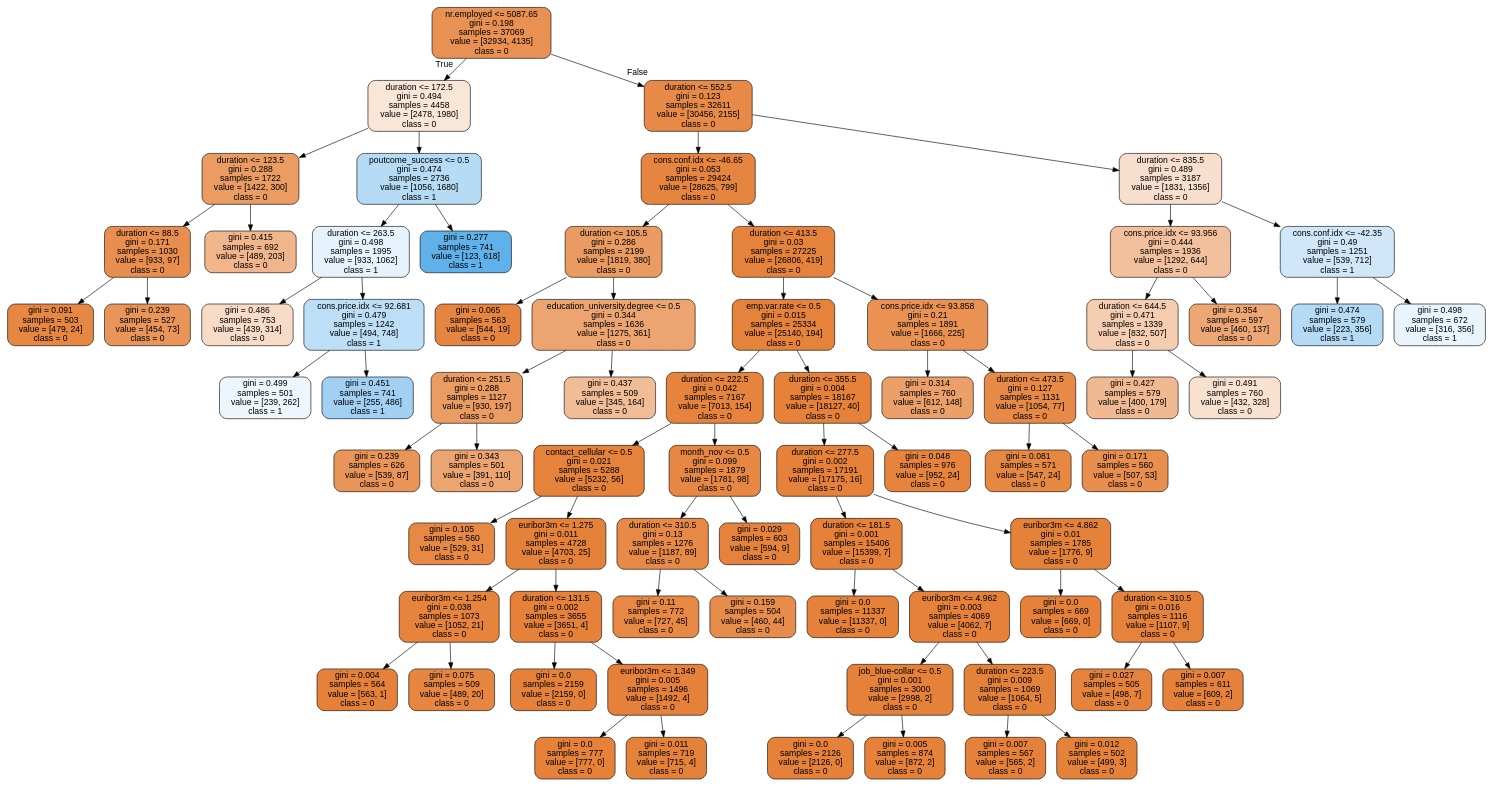
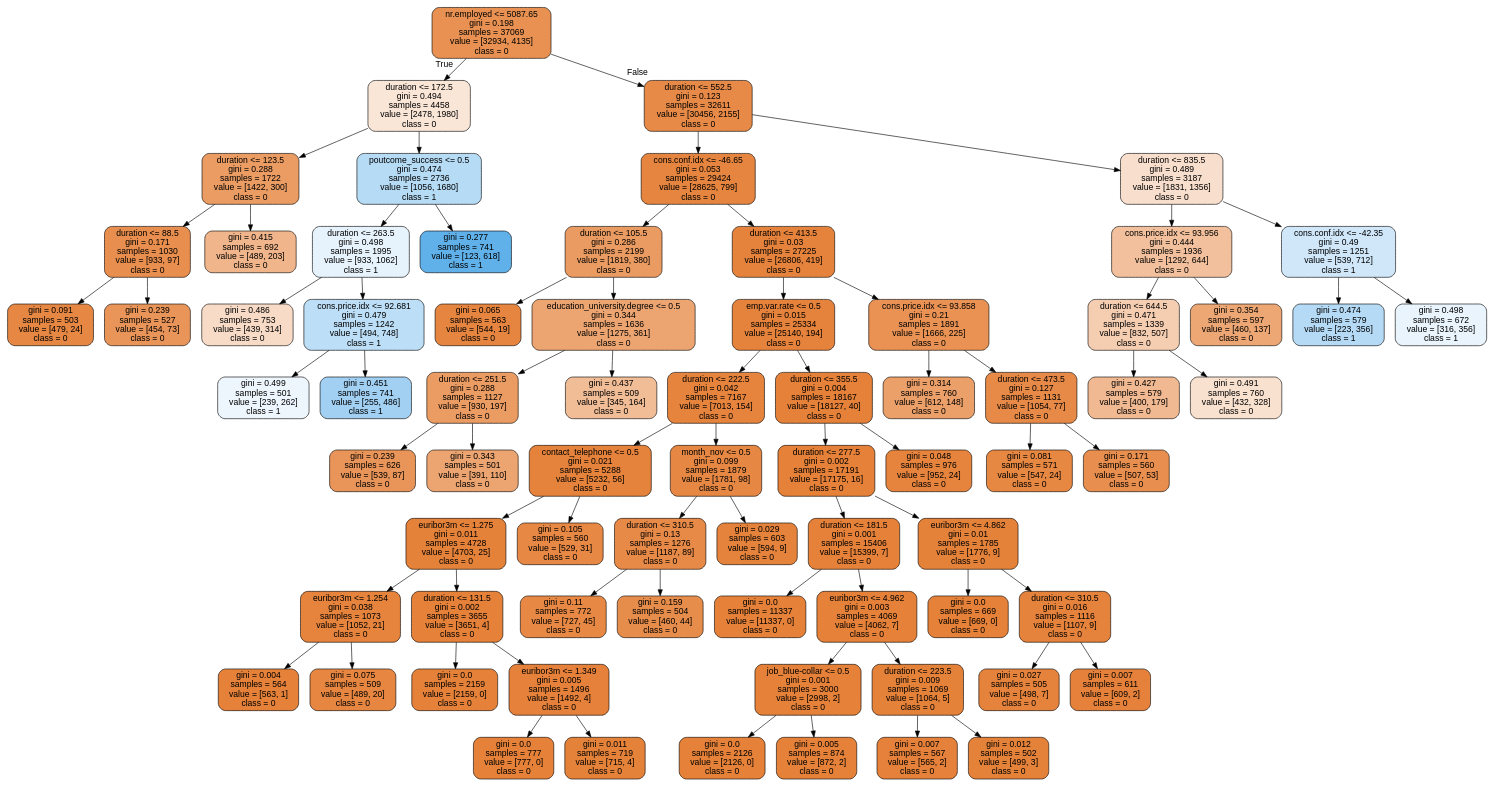
The diagram in tree_clf12.dot (bashiiiwa/t4ds), drawn with Graphviz before and after one commit. The commit also changed 9 other files, not shown here.

```diff
--- a/tree_clf12.dot
+++ b/tree_clf12.dot
@@ -1,149 +1,149 @@
 digraph Tree {
 node [shape=box, style="filled, rounded", color="black", fontname=helvetica] ;
 edge [fontname=helvetica] ;
 0 [label="nr.employed <= 5087.65\ngini = 0.198\nsamples = 37069\nvalue = [32934, 4135]\nclass = 0", fillcolor="#e89152"] ;
 1 [label="duration <= 172.5\ngini = 0.494\nsamples = 4458\nvalue = [2478, 1980]\nclass = 0", fillcolor="#fae6d7"] ;
 0 -> 1 [labeldistance=2.5, labelangle=45, headlabel="True"] ;
 2 [label="duration <= 123.5\ngini = 0.288\nsamples = 1722\nvalue = [1422, 300]\nclass = 0", fillcolor="#ea9c63"] ;
 1 -> 2 ;
 3 [label="duration <= 88.5\ngini = 0.171\nsamples = 1030\nvalue = [933, 97]\nclass = 0", fillcolor="#e88e4e"] ;
 2 -> 3 ;
 4 [label="gini = 0.091\nsamples = 503\nvalue = [479, 24]\nclass = 0", fillcolor="#e68743"] ;
 3 -> 4 ;
 5 [label="gini = 0.239\nsamples = 527\nvalue = [454, 73]\nclass = 0", fillcolor="#e99559"] ;
 3 -> 5 ;
 6 [label="gini = 0.415\nsamples = 692\nvalue = [489, 203]\nclass = 0", fillcolor="#f0b58b"] ;
 2 -> 6 ;
 7 [label="poutcome_success <= 0.5\ngini = 0.474\nsamples = 2736\nvalue = [1056, 1680]\nclass = 1", fillcolor="#b5dbf5"] ;
 1 -> 7 ;
 8 [label="duration <= 263.5\ngini = 0.498\nsamples = 1995\nvalue = [933, 1062]\nclass = 1", fillcolor="#e7f3fc"] ;
 7 -> 8 ;
 9 [label="gini = 0.486\nsamples = 753\nvalue = [439, 314]\nclass = 0", fillcolor="#f8dbc7"] ;
 8 -> 9 ;
 10 [label="cons.price.idx <= 92.681\ngini = 0.479\nsamples = 1242\nvalue = [494, 748]\nclass = 1", fillcolor="#bcdef6"] ;
 8 -> 10 ;
 11 [label="gini = 0.499\nsamples = 501\nvalue = [239, 262]\nclass = 1", fillcolor="#eef6fd"] ;
 10 -> 11 ;
 12 [label="gini = 0.451\nsamples = 741\nvalue = [255, 486]\nclass = 1", fillcolor="#a1d0f3"] ;
 10 -> 12 ;
 13 [label="gini = 0.277\nsamples = 741\nvalue = [123, 618]\nclass = 1", fillcolor="#60b1ea"] ;
 7 -> 13 ;
 14 [label="duration <= 552.5\ngini = 0.123\nsamples = 32611\nvalue = [30456, 2155]\nclass = 0", fillcolor="#e78a47"] ;
 0 -> 14 [labeldistance=2.5, labelangle=-45, headlabel="False"] ;
 15 [label="cons.conf.idx <= -46.65\ngini = 0.053\nsamples = 29424\nvalue = [28625, 799]\nclass = 0", fillcolor="#e6853f"] ;
 14 -> 15 ;
 16 [label="duration <= 105.5\ngini = 0.286\nsamples = 2199\nvalue = [1819, 380]\nclass = 0", fillcolor="#ea9b62"] ;
 15 -> 16 ;
 17 [label="gini = 0.065\nsamples = 563\nvalue = [544, 19]\nclass = 0", fillcolor="#e68540"] ;
 16 -> 17 ;
 18 [label="education_university.degree <= 0.5\ngini = 0.344\nsamples = 1636\nvalue = [1275, 361]\nclass = 0", fillcolor="#eca571"] ;
 16 -> 18 ;
 19 [label="duration <= 251.5\ngini = 0.288\nsamples = 1127\nvalue = [930, 197]\nclass = 0", fillcolor="#eb9c63"] ;
 18 -> 19 ;
 20 [label="gini = 0.239\nsamples = 626\nvalue = [539, 87]\nclass = 0", fillcolor="#e99559"] ;
 19 -> 20 ;
 21 [label="gini = 0.343\nsamples = 501\nvalue = [391, 110]\nclass = 0", fillcolor="#eca471"] ;
 19 -> 21 ;
 22 [label="gini = 0.437\nsamples = 509\nvalue = [345, 164]\nclass = 0", fillcolor="#f1bd97"] ;
 18 -> 22 ;
 23 [label="duration <= 413.5\ngini = 0.03\nsamples = 27225\nvalue = [26806, 419]\nclass = 0", fillcolor="#e5833c"] ;
 15 -> 23 ;
 24 [label="emp.var.rate <= 0.5\ngini = 0.015\nsamples = 25334\nvalue = [25140, 194]\nclass = 0", fillcolor="#e5823b"] ;
 23 -> 24 ;
 25 [label="duration <= 222.5\ngini = 0.042\nsamples = 7167\nvalue = [7013, 154]\nclass = 0", fillcolor="#e6843d"] ;
 24 -> 25 ;
-26 [label="contact_cellular <= 0.5\ngini = 0.021\nsamples = 5288\nvalue = [5232, 56]\nclass = 0", fillcolor="#e5823b"] ;
+26 [label="contact_telephone <= 0.5\ngini = 0.021\nsamples = 5288\nvalue = [5232, 56]\nclass = 0", fillcolor="#e5823b"] ;
 25 -> 26 ;
-27 [label="gini = 0.105\nsamples = 560\nvalue = [529, 31]\nclass = 0", fillcolor="#e78845"] ;
+27 [label="euribor3m <= 1.275\ngini = 0.011\nsamples = 4728\nvalue = [4703, 25]\nclass = 0", fillcolor="#e5823a"] ;
 26 -> 27 ;
-28 [label="euribor3m <= 1.275\ngini = 0.011\nsamples = 4728\nvalue = [4703, 25]\nclass = 0", fillcolor="#e5823a"] ;
-26 -> 28 ;
-29 [label="euribor3m <= 1.254\ngini = 0.038\nsamples = 1073\nvalue = [1052, 21]\nclass = 0", fillcolor="#e6843d"] ;
+28 [label="euribor3m <= 1.254\ngini = 0.038\nsamples = 1073\nvalue = [1052, 21]\nclass = 0", fillcolor="#e6843d"] ;
+27 -> 28 ;
+29 [label="gini = 0.004\nsamples = 564\nvalue = [563, 1]\nclass = 0", fillcolor="#e58139"] ;
 28 -> 29 ;
-30 [label="gini = 0.004\nsamples = 564\nvalue = [563, 1]\nclass = 0", fillcolor="#e58139"] ;
-29 -> 30 ;
-31 [label="gini = 0.075\nsamples = 509\nvalue = [489, 20]\nclass = 0", fillcolor="#e68641"] ;
-29 -> 31 ;
-32 [label="duration <= 131.5\ngini = 0.002\nsamples = 3655\nvalue = [3651, 4]\nclass = 0", fillcolor="#e58139"] ;
-28 -> 32 ;
-33 [label="gini = 0.0\nsamples = 2159\nvalue = [2159, 0]\nclass = 0", fillcolor="#e58139"] ;
-32 -> 33 ;
-34 [label="euribor3m <= 1.349\ngini = 0.005\nsamples = 1496\nvalue = [1492, 4]\nclass = 0", fillcolor="#e5813a"] ;
-32 -> 34 ;
-35 [label="gini = 0.0\nsamples = 777\nvalue = [777, 0]\nclass = 0", fillcolor="#e58139"] ;
-34 -> 35 ;
-36 [label="gini = 0.011\nsamples = 719\nvalue = [715, 4]\nclass = 0", fillcolor="#e5823a"] ;
-34 -> 36 ;
+30 [label="gini = 0.075\nsamples = 509\nvalue = [489, 20]\nclass = 0", fillcolor="#e68641"] ;
+28 -> 30 ;
+31 [label="duration <= 131.5\ngini = 0.002\nsamples = 3655\nvalue = [3651, 4]\nclass = 0", fillcolor="#e58139"] ;
+27 -> 31 ;
+32 [label="gini = 0.0\nsamples = 2159\nvalue = [2159, 0]\nclass = 0", fillcolor="#e58139"] ;
+31 -> 32 ;
+33 [label="euribor3m <= 1.349\ngini = 0.005\nsamples = 1496\nvalue = [1492, 4]\nclass = 0", fillcolor="#e5813a"] ;
+31 -> 33 ;
+34 [label="gini = 0.0\nsamples = 777\nvalue = [777, 0]\nclass = 0", fillcolor="#e58139"] ;
+33 -> 34 ;
+35 [label="gini = 0.011\nsamples = 719\nvalue = [715, 4]\nclass = 0", fillcolor="#e5823a"] ;
+33 -> 35 ;
+36 [label="gini = 0.105\nsamples = 560\nvalue = [529, 31]\nclass = 0", fillcolor="#e78845"] ;
+26 -> 36 ;
 37 [label="month_nov <= 0.5\ngini = 0.099\nsamples = 1879\nvalue = [1781, 98]\nclass = 0", fillcolor="#e68844"] ;
 25 -> 37 ;
 38 [label="duration <= 310.5\ngini = 0.13\nsamples = 1276\nvalue = [1187, 89]\nclass = 0", fillcolor="#e78a48"] ;
 37 -> 38 ;
 39 [label="gini = 0.11\nsamples = 772\nvalue = [727, 45]\nclass = 0", fillcolor="#e78945"] ;
 38 -> 39 ;
 40 [label="gini = 0.159\nsamples = 504\nvalue = [460, 44]\nclass = 0", fillcolor="#e78d4c"] ;
 38 -> 40 ;
 41 [label="gini = 0.029\nsamples = 603\nvalue = [594, 9]\nclass = 0", fillcolor="#e5833c"] ;
 37 -> 41 ;
 42 [label="duration <= 355.5\ngini = 0.004\nsamples = 18167\nvalue = [18127, 40]\nclass = 0", fillcolor="#e58139"] ;
 24 -> 42 ;
 43 [label="duration <= 277.5\ngini = 0.002\nsamples = 17191\nvalue = [17175, 16]\nclass = 0", fillcolor="#e58139"] ;
 42 -> 43 ;
 44 [label="duration <= 181.5\ngini = 0.001\nsamples = 15406\nvalue = [15399, 7]\nclass = 0", fillcolor="#e58139"] ;
 43 -> 44 ;
 45 [label="gini = 0.0\nsamples = 11337\nvalue = [11337, 0]\nclass = 0", fillcolor="#e58139"] ;
 44 -> 45 ;
 46 [label="euribor3m <= 4.962\ngini = 0.003\nsamples = 4069\nvalue = [4062, 7]\nclass = 0", fillcolor="#e58139"] ;
 44 -> 46 ;
 47 [label="job_blue-collar <= 0.5\ngini = 0.001\nsamples = 3000\nvalue = [2998, 2]\nclass = 0", fillcolor="#e58139"] ;
 46 -> 47 ;
 48 [label="gini = 0.0\nsamples = 2126\nvalue = [2126, 0]\nclass = 0", fillcolor="#e58139"] ;
 47 -> 48 ;
 49 [label="gini = 0.005\nsamples = 874\nvalue = [872, 2]\nclass = 0", fillcolor="#e58139"] ;
 47 -> 49 ;
 50 [label="duration <= 223.5\ngini = 0.009\nsamples = 1069\nvalue = [1064, 5]\nclass = 0", fillcolor="#e5823a"] ;
 46 -> 50 ;
 51 [label="gini = 0.007\nsamples = 567\nvalue = [565, 2]\nclass = 0", fillcolor="#e5813a"] ;
 50 -> 51 ;
 52 [label="gini = 0.012\nsamples = 502\nvalue = [499, 3]\nclass = 0", fillcolor="#e5823a"] ;
 50 -> 52 ;
 53 [label="euribor3m <= 4.862\ngini = 0.01\nsamples = 1785\nvalue = [1776, 9]\nclass = 0", fillcolor="#e5823a"] ;
 43 -> 53 ;
 54 [label="gini = 0.0\nsamples = 669\nvalue = [669, 0]\nclass = 0", fillcolor="#e58139"] ;
 53 -> 54 ;
 55 [label="duration <= 310.5\ngini = 0.016\nsamples = 1116\nvalue = [1107, 9]\nclass = 0", fillcolor="#e5823b"] ;
 53 -> 55 ;
 56 [label="gini = 0.027\nsamples = 505\nvalue = [498, 7]\nclass = 0", fillcolor="#e5833c"] ;
 55 -> 56 ;
 57 [label="gini = 0.007\nsamples = 611\nvalue = [609, 2]\nclass = 0", fillcolor="#e5813a"] ;
 55 -> 57 ;
 58 [label="gini = 0.048\nsamples = 976\nvalue = [952, 24]\nclass = 0", fillcolor="#e6843e"] ;
 42 -> 58 ;
 59 [label="cons.price.idx <= 93.858\ngini = 0.21\nsamples = 1891\nvalue = [1666, 225]\nclass = 0", fillcolor="#e99254"] ;
 23 -> 59 ;
 60 [label="gini = 0.314\nsamples = 760\nvalue = [612, 148]\nclass = 0", fillcolor="#eb9f69"] ;
 59 -> 60 ;
 61 [label="duration <= 473.5\ngini = 0.127\nsamples = 1131\nvalue = [1054, 77]\nclass = 0", fillcolor="#e78a47"] ;
 59 -> 61 ;
 62 [label="gini = 0.081\nsamples = 571\nvalue = [547, 24]\nclass = 0", fillcolor="#e68742"] ;
 61 -> 62 ;
 63 [label="gini = 0.171\nsamples = 560\nvalue = [507, 53]\nclass = 0", fillcolor="#e88e4e"] ;
 61 -> 63 ;
 64 [label="duration <= 835.5\ngini = 0.489\nsamples = 3187\nvalue = [1831, 1356]\nclass = 0", fillcolor="#f8decc"] ;
 14 -> 64 ;
 65 [label="cons.price.idx <= 93.956\ngini = 0.444\nsamples = 1936\nvalue = [1292, 644]\nclass = 0", fillcolor="#f2c09c"] ;
 64 -> 65 ;
 66 [label="duration <= 644.5\ngini = 0.471\nsamples = 1339\nvalue = [832, 507]\nclass = 0", fillcolor="#f5ceb2"] ;
 65 -> 66 ;
 67 [label="gini = 0.427\nsamples = 579\nvalue = [400, 179]\nclass = 0", fillcolor="#f1b992"] ;
 66 -> 67 ;
 68 [label="gini = 0.491\nsamples = 760\nvalue = [432, 328]\nclass = 0", fillcolor="#f9e1cf"] ;
 66 -> 68 ;
 69 [label="gini = 0.354\nsamples = 597\nvalue = [460, 137]\nclass = 0", fillcolor="#eda774"] ;
 65 -> 69 ;
 70 [label="cons.conf.idx <= -42.35\ngini = 0.49\nsamples = 1251\nvalue = [539, 712]\nclass = 1", fillcolor="#cfe7f9"] ;
 64 -> 70 ;
 71 [label="gini = 0.474\nsamples = 579\nvalue = [223, 356]\nclass = 1", fillcolor="#b5daf5"] ;
 70 -> 71 ;
 72 [label="gini = 0.498\nsamples = 672\nvalue = [316, 356]\nclass = 1", fillcolor="#e9f4fc"] ;
 70 -> 72 ;
 }
```
